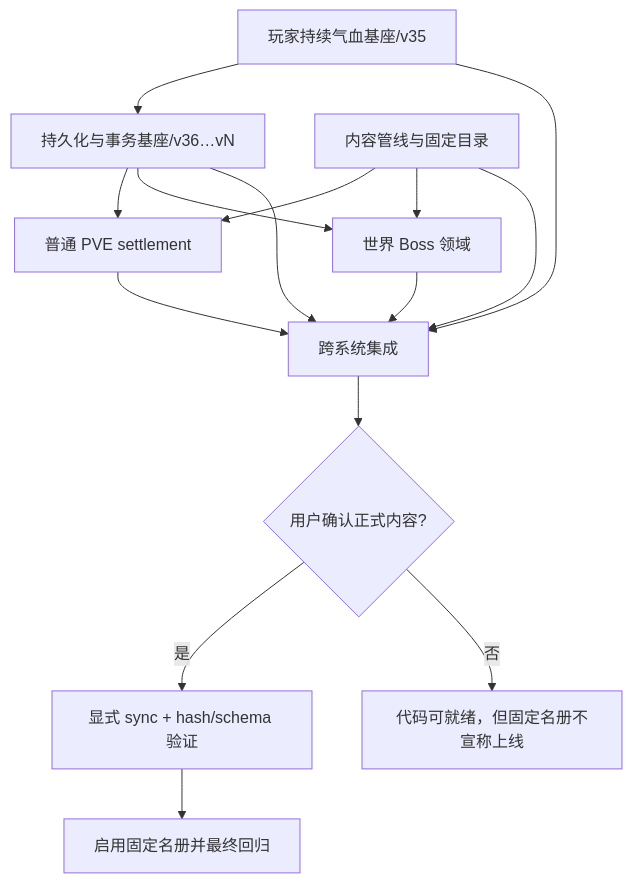
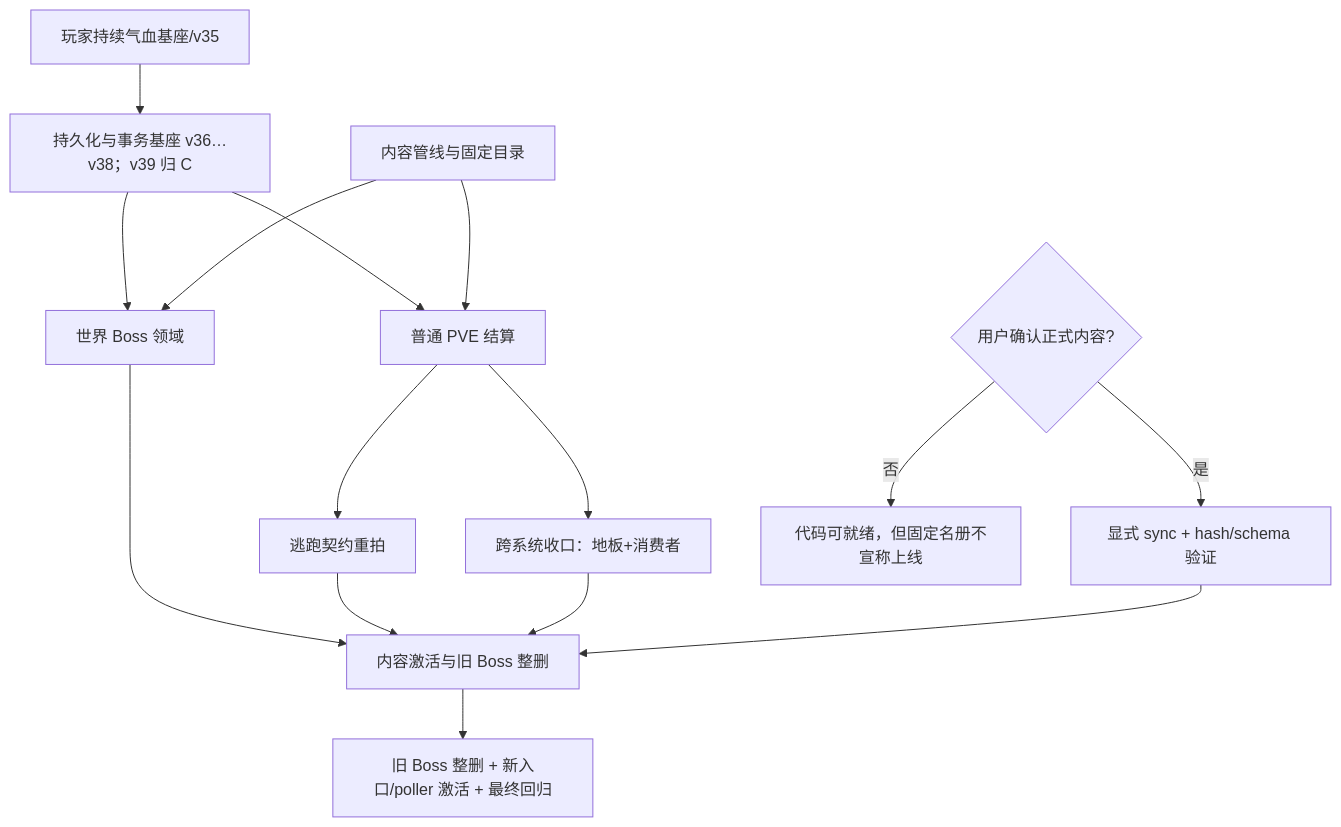
The diagram in .trellis/tasks/10-10-pve-enemy-world-boss-redesign/implement.md (fanjinchi/astrbot_plugin_monixiuxian2_2), drawn with Mermaid before and after one commit. The commit also changed other lines of this file and 14 other files, not shown here.

````diff
--- a/.trellis/tasks/10-10-pve-enemy-world-boss-redesign/implement.md
+++ b/.trellis/tasks/10-10-pve-enemy-world-boss-redesign/implement.md
@@ -25,17 +26,17 @@
 ```mermaid
 flowchart TD
-    A[玩家持续气血基座/v35] --> P[持久化与事务基座/v36…vN]
-    P --> C[普通 PVE settlement]
+    A[玩家持续气血基座/v35] --> P[持久化与事务基座 v36…v38；v39 归 C]
+    P --> C[普通 PVE 结算]
     P --> D[世界 Boss 领域]
     B[内容管线与固定目录] --> C
     B --> D
-    C --> E[跨系统集成]
-    D --> E
-    A --> E
-    B --> E
-    P --> E
+    C --> F[逃跑契约重拍]
+    C --> E1[跨系统收口：地板+消费者]
+    D --> E2[内容激活与旧 Boss 整删]
+    F --> E2
+    E1 --> E2
     U{用户确认正式内容?} -->|是| S[显式 sync + hash/schema 验证]
     U -->|否| W[代码可就绪，但固定名册不宣称上线]
-    E --> U
-    S --> G[启用固定名册并最终回归]
+    S --> E2
+    E2 --> G[旧 Boss 整删 + 新入口/poller 激活 + 最终回归]
 ```
````
